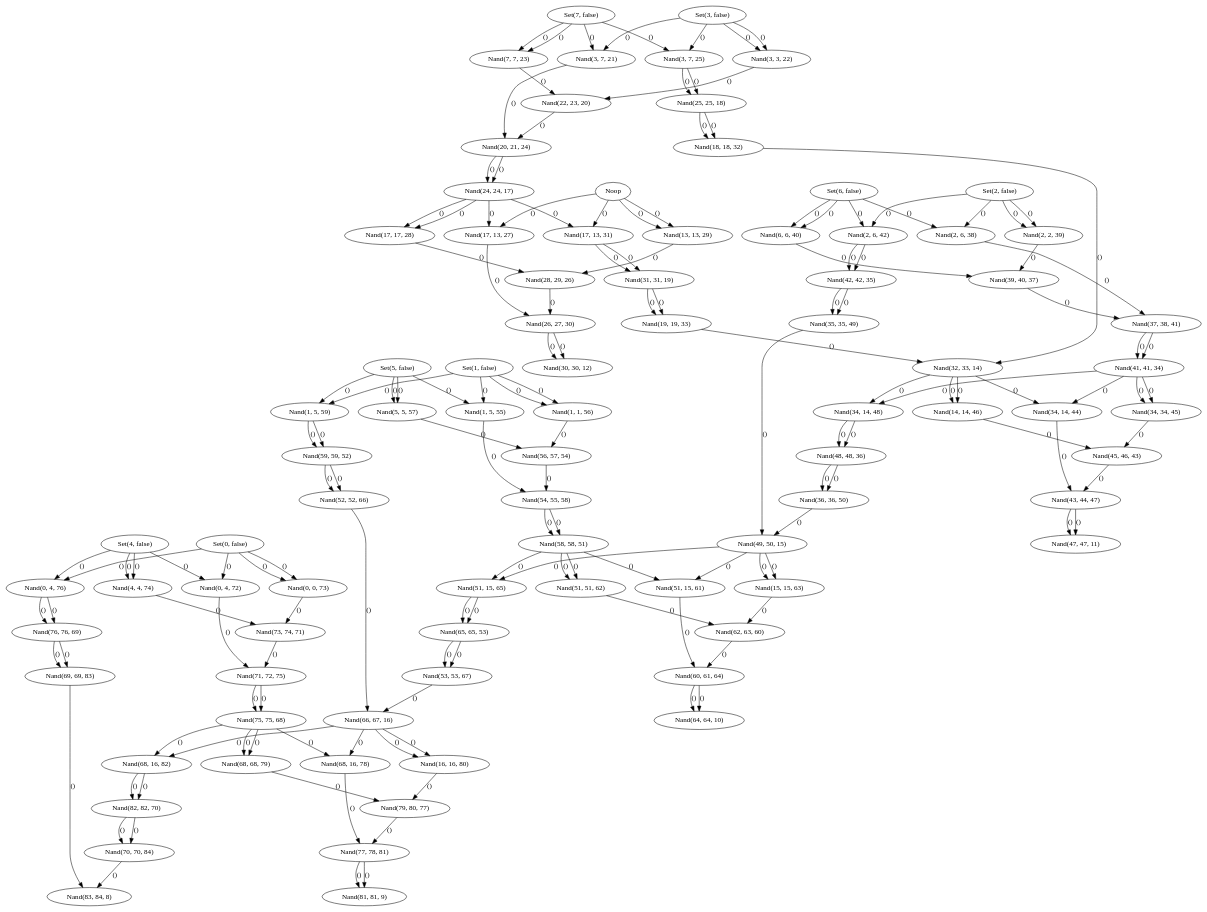
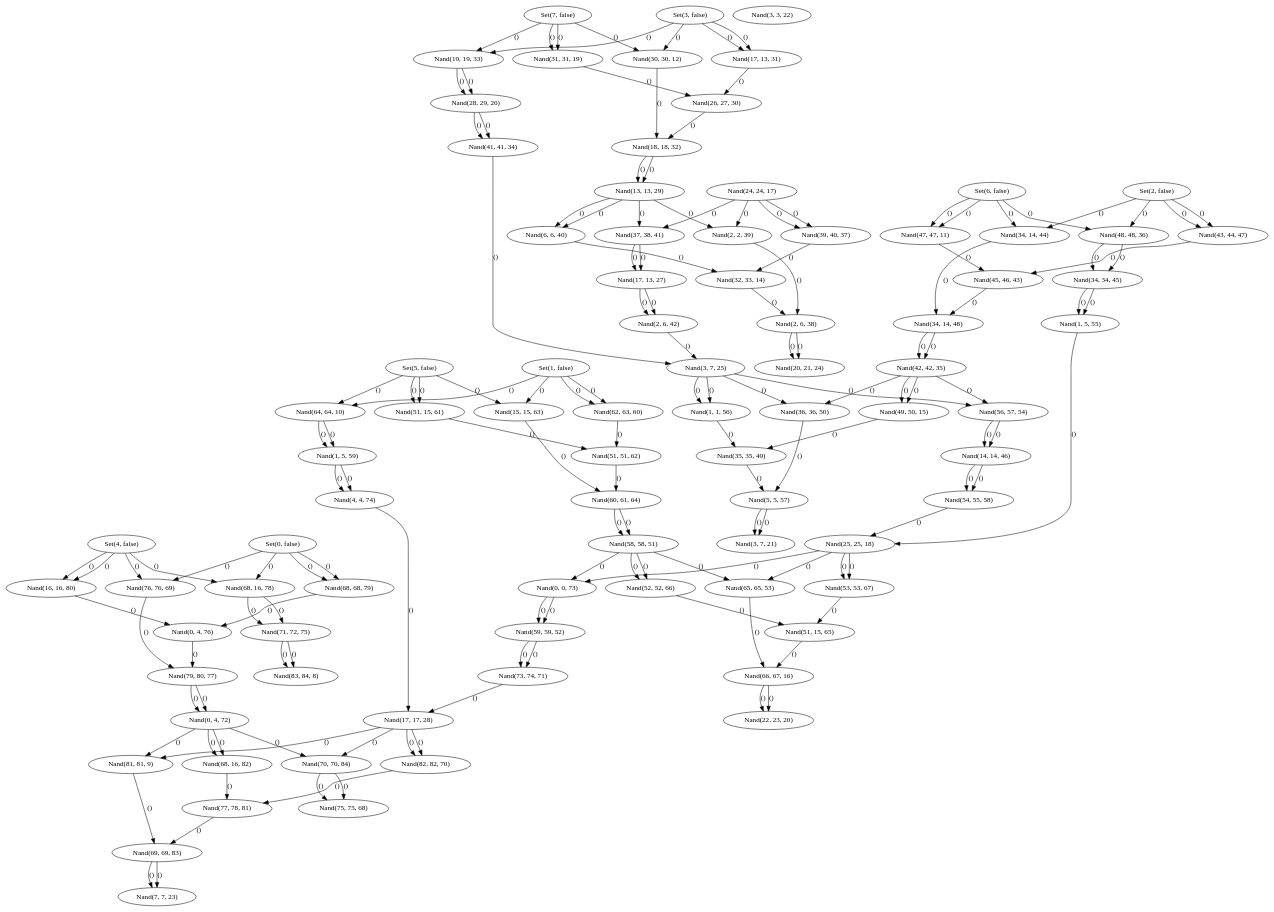
The diagram in graph.dot (Vandesm14/complogic), drawn with Graphviz before and after one commit. The commit also changed 3 other files, not shown here.

```diff
--- a/graph.dot
+++ b/graph.dot
@@ -7,83 +7,82 @@
     5 [ label = "Set(5, false)" ]
     6 [ label = "Set(6, false)" ]
     7 [ label = "Set(7, false)" ]
-    8 [ label = "Nand(83, 84, 8)" ]
-    9 [ label = "Nand(81, 81, 9)" ]
-    10 [ label = "Nand(64, 64, 10)" ]
-    11 [ label = "Nand(47, 47, 11)" ]
-    12 [ label = "Nand(30, 30, 12)" ]
-    13 [ label = "Noop" ]
-    14 [ label = "Nand(32, 33, 14)" ]
-    15 [ label = "Nand(49, 50, 15)" ]
-    16 [ label = "Nand(66, 67, 16)" ]
-    17 [ label = "Nand(24, 24, 17)" ]
-    18 [ label = "Nand(25, 25, 18)" ]
-    19 [ label = "Nand(31, 31, 19)" ]
-    20 [ label = "Nand(22, 23, 20)" ]
-    21 [ label = "Nand(3, 7, 21)" ]
-    22 [ label = "Nand(3, 3, 22)" ]
-    23 [ label = "Nand(7, 7, 23)" ]
-    24 [ label = "Nand(20, 21, 24)" ]
-    25 [ label = "Nand(3, 7, 25)" ]
-    26 [ label = "Nand(28, 29, 26)" ]
-    27 [ label = "Nand(17, 13, 27)" ]
-    28 [ label = "Nand(17, 17, 28)" ]
-    29 [ label = "Nand(13, 13, 29)" ]
-    30 [ label = "Nand(26, 27, 30)" ]
-    31 [ label = "Nand(17, 13, 31)" ]
-    32 [ label = "Nand(18, 18, 32)" ]
-    33 [ label = "Nand(19, 19, 33)" ]
-    34 [ label = "Nand(41, 41, 34)" ]
-    35 [ label = "Nand(42, 42, 35)" ]
-    36 [ label = "Nand(48, 48, 36)" ]
-    37 [ label = "Nand(39, 40, 37)" ]
-    38 [ label = "Nand(2, 6, 38)" ]
-    39 [ label = "Nand(2, 2, 39)" ]
-    40 [ label = "Nand(6, 6, 40)" ]
-    41 [ label = "Nand(37, 38, 41)" ]
-    42 [ label = "Nand(2, 6, 42)" ]
-    43 [ label = "Nand(45, 46, 43)" ]
-    44 [ label = "Nand(34, 14, 44)" ]
-    45 [ label = "Nand(34, 34, 45)" ]
-    46 [ label = "Nand(14, 14, 46)" ]
-    47 [ label = "Nand(43, 44, 47)" ]
-    48 [ label = "Nand(34, 14, 48)" ]
-    49 [ label = "Nand(35, 35, 49)" ]
-    50 [ label = "Nand(36, 36, 50)" ]
+    8 [ label = "Nand(3, 3, 22)" ]
+    9 [ label = "Nand(7, 7, 23)" ]
+    10 [ label = "Nand(22, 23, 20)" ]
+    11 [ label = "Nand(3, 7, 21)" ]
+    12 [ label = "Nand(20, 21, 24)" ]
+    13 [ label = "Nand(24, 24, 17)" ]
+    14 [ label = "Nand(3, 7, 25)" ]
+    15 [ label = "Nand(25, 25, 18)" ]
+    16 [ label = "Nand(17, 17, 28)" ]
+    17 [ label = "Nand(13, 13, 29)" ]
+    18 [ label = "Nand(28, 29, 26)" ]
+    19 [ label = "Nand(17, 13, 27)" ]
+    20 [ label = "Nand(26, 27, 30)" ]
+    21 [ label = "Nand(30, 30, 12)" ]
+    22 [ label = "Nand(17, 13, 31)" ]
+    23 [ label = "Nand(31, 31, 19)" ]
+    24 [ label = "Nand(18, 18, 32)" ]
+    25 [ label = "Nand(19, 19, 33)" ]
+    26 [ label = "Nand(32, 33, 14)" ]
+    27 [ label = "Nand(2, 2, 39)" ]
+    28 [ label = "Nand(6, 6, 40)" ]
+    29 [ label = "Nand(39, 40, 37)" ]
+    30 [ label = "Nand(2, 6, 38)" ]
+    31 [ label = "Nand(37, 38, 41)" ]
+    32 [ label = "Nand(41, 41, 34)" ]
+    33 [ label = "Nand(2, 6, 42)" ]
+    34 [ label = "Nand(42, 42, 35)" ]
+    35 [ label = "Nand(34, 34, 45)" ]
+    36 [ label = "Nand(14, 14, 46)" ]
+    37 [ label = "Nand(45, 46, 43)" ]
+    38 [ label = "Nand(34, 14, 44)" ]
+    39 [ label = "Nand(43, 44, 47)" ]
+    40 [ label = "Nand(47, 47, 11)" ]
+    41 [ label = "Nand(34, 14, 48)" ]
+    42 [ label = "Nand(48, 48, 36)" ]
+    43 [ label = "Nand(35, 35, 49)" ]
+    44 [ label = "Nand(36, 36, 50)" ]
+    45 [ label = "Nand(49, 50, 15)" ]
+    46 [ label = "Nand(1, 1, 56)" ]
+    47 [ label = "Nand(5, 5, 57)" ]
+    48 [ label = "Nand(56, 57, 54)" ]
+    49 [ label = "Nand(1, 5, 55)" ]
+    50 [ label = "Nand(54, 55, 58)" ]
     51 [ label = "Nand(58, 58, 51)" ]
-    52 [ label = "Nand(59, 59, 52)" ]
-    53 [ label = "Nand(65, 65, 53)" ]
-    54 [ label = "Nand(56, 57, 54)" ]
-    55 [ label = "Nand(1, 5, 55)" ]
-    56 [ label = "Nand(1, 1, 56)" ]
-    57 [ label = "Nand(5, 5, 57)" ]
-    58 [ label = "Nand(54, 55, 58)" ]
-    59 [ label = "Nand(1, 5, 59)" ]
-    60 [ label = "Nand(62, 63, 60)" ]
-    61 [ label = "Nand(51, 15, 61)" ]
-    62 [ label = "Nand(51, 51, 62)" ]
-    63 [ label = "Nand(15, 15, 63)" ]
-    64 [ label = "Nand(60, 61, 64)" ]
-    65 [ label = "Nand(51, 15, 65)" ]
-    66 [ label = "Nand(52, 52, 66)" ]
-    67 [ label = "Nand(53, 53, 67)" ]
-    68 [ label = "Nand(75, 75, 68)" ]
-    69 [ label = "Nand(76, 76, 69)" ]
-    70 [ label = "Nand(82, 82, 70)" ]
-    71 [ label = "Nand(73, 74, 71)" ]
-    72 [ label = "Nand(0, 4, 72)" ]
-    73 [ label = "Nand(0, 0, 73)" ]
-    74 [ label = "Nand(4, 4, 74)" ]
-    75 [ label = "Nand(71, 72, 75)" ]
-    76 [ label = "Nand(0, 4, 76)" ]
-    77 [ label = "Nand(79, 80, 77)" ]
-    78 [ label = "Nand(68, 16, 78)" ]
-    79 [ label = "Nand(68, 68, 79)" ]
-    80 [ label = "Nand(16, 16, 80)" ]
-    81 [ label = "Nand(77, 78, 81)" ]
-    82 [ label = "Nand(68, 16, 82)" ]
-    83 [ label = "Nand(69, 69, 83)" ]
-    84 [ label = "Nand(70, 70, 84)" ]
+    52 [ label = "Nand(1, 5, 59)" ]
+    53 [ label = "Nand(59, 59, 52)" ]
+    54 [ label = "Nand(51, 51, 62)" ]
+    55 [ label = "Nand(15, 15, 63)" ]
+    56 [ label = "Nand(62, 63, 60)" ]
+    57 [ label = "Nand(51, 15, 61)" ]
+    58 [ label = "Nand(60, 61, 64)" ]
+    59 [ label = "Nand(64, 64, 10)" ]
+    60 [ label = "Nand(51, 15, 65)" ]
+    61 [ label = "Nand(65, 65, 53)" ]
+    62 [ label = "Nand(52, 52, 66)" ]
+    63 [ label = "Nand(53, 53, 67)" ]
+    64 [ label = "Nand(66, 67, 16)" ]
+    65 [ label = "Nand(0, 0, 73)" ]
+    66 [ label = "Nand(4, 4, 74)" ]
+    67 [ label = "Nand(73, 74, 71)" ]
+    68 [ label = "Nand(0, 4, 72)" ]
+    69 [ label = "Nand(71, 72, 75)" ]
+    70 [ label = "Nand(75, 75, 68)" ]
+    71 [ label = "Nand(0, 4, 76)" ]
+    72 [ label = "Nand(76, 76, 69)" ]
+    73 [ label = "Nand(68, 68, 79)" ]
+    74 [ label = "Nand(16, 16, 80)" ]
+    75 [ label = "Nand(79, 80, 77)" ]
+    76 [ label = "Nand(68, 16, 78)" ]
+    77 [ label = "Nand(77, 78, 81)" ]
+    78 [ label = "Nand(81, 81, 9)" ]
+    79 [ label = "Nand(68, 16, 82)" ]
+    80 [ label = "Nand(82, 82, 70)" ]
+    81 [ label = "Nand(69, 69, 83)" ]
+    82 [ label = "Nand(70, 70, 84)" ]
+    83 [ label = "Nand(83, 84, 8)" ]
     3 -> 22 [ label = "()" ]
     3 -> 22 [ label = "()" ]
     7 -> 23 [ label = "()" ]
@@ -232,8 +231,4 @@
     82 -> 70 [ label = "()" ]
     69 -> 83 [ label = "()" ]
     69 -> 83 [ label = "()" ]
-    70 -> 84 [ label = "()" ]
-    70 -> 84 [ label = "()" ]
-    83 -> 8 [ label = "()" ]
-    84 -> 8 [ label = "()" ]
 }
```
